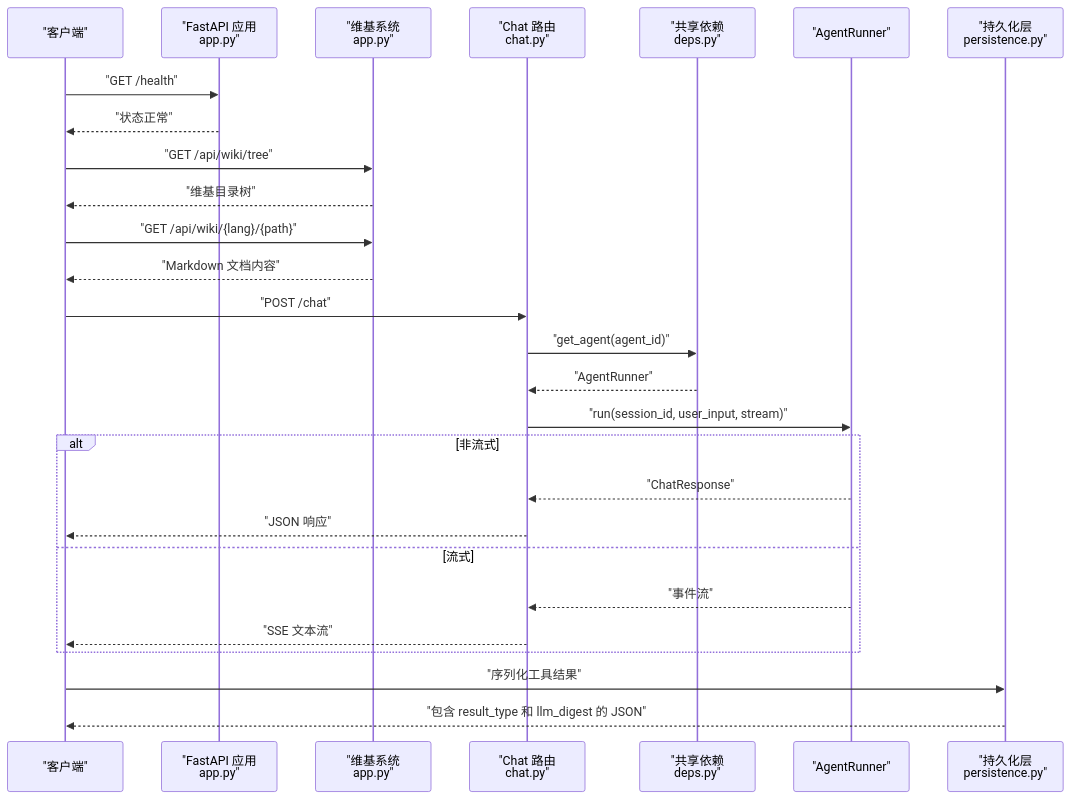
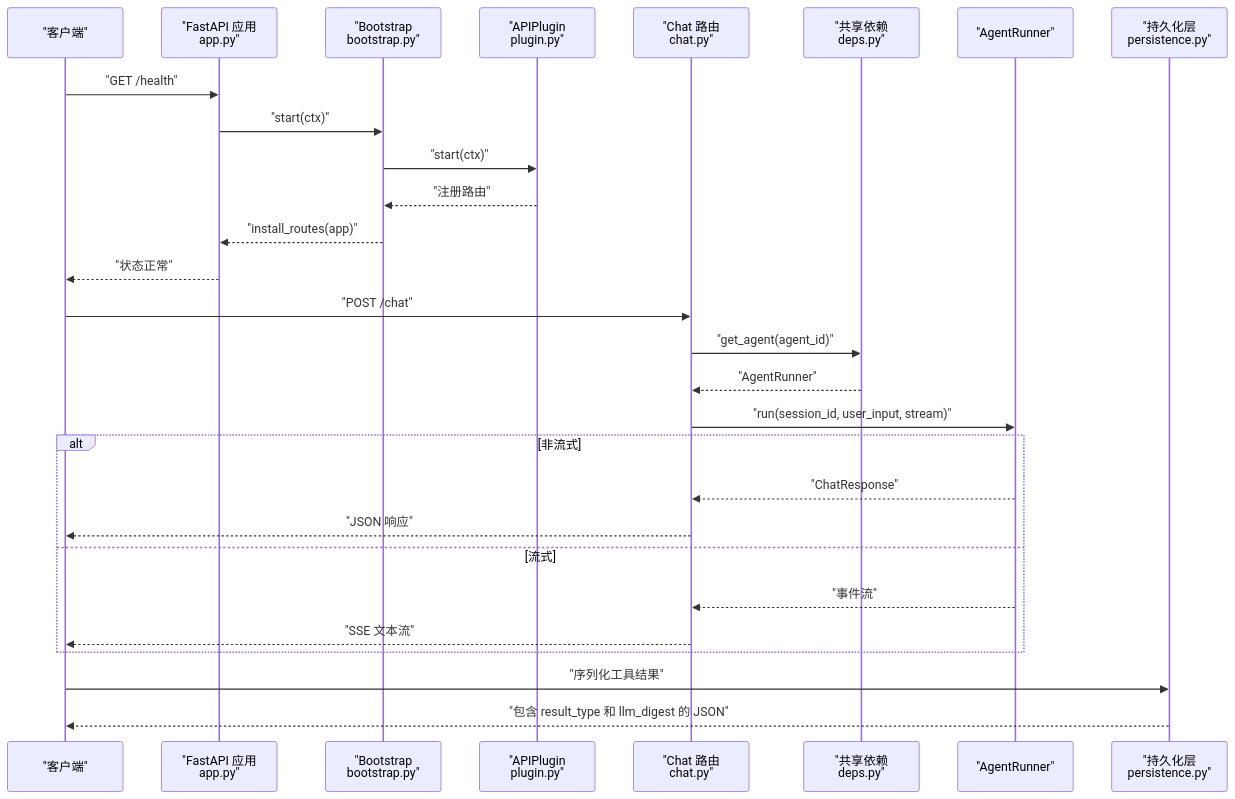
The second of 15 diagrams in repowiki/zh/content/API 接口文档/API 接口文档.md (YU-JI-KUI/ark-agentic), drawn with Mermaid before and after one commit. The commit also changed other lines of this file and 116 other files, not shown here.

````diff
--- a/repowiki/zh/content/API 接口文档/API 接口文档.md
+++ b/repowiki/zh/content/API 接口文档/API 接口文档.md
@@ -139,29 +152,30 @@
 ```mermaid
 sequenceDiagram
 participant Client as "客户端"
 participant App as "FastAPI 应用<br/>app.py"
-participant Wiki as "维基系统<br/>app.py"
+participant Bootstrap as "Bootstrap<br/>bootstrap.py"
+participant APIPlugin as "APIPlugin<br/>plugin.py"
 participant Chat as "Chat 路由<br/>chat.py"
 participant Deps as "共享依赖<br/>deps.py"
 participant Agent as "AgentRunner"
 participant Persistence as "持久化层<br/>persistence.py"
 Client->>App : "GET /health"
+App->>Bootstrap : "start(ctx)"
+Bootstrap->>APIPlugin : "start(ctx)"
+APIPlugin-->>Bootstrap : "注册路由"
+Bootstrap-->>App : "install_routes(app)"
 App-->>Client : "状态正常"
-Client->>Wiki : "GET /api/wiki/tree"
-Wiki-->>Client : "维基目录树"
-Client->>Wiki : "GET /api/wiki/{lang}/{path}"
-Wiki-->>Client : "Markdown 文档内容"
 Client->>Chat : "POST /chat"
 Chat->>Deps : "get_agent(agent_id)"
 Deps-->>Chat : "AgentRunner"
 Chat->>Agent : "run(session_id, user_input, stream)"
 alt 非流式
 Agent-->>Chat : "ChatResponse"
 Chat-->>Client : "JSON 响应"
 else 流式
 Agent-->>Chat : "事件流"
 Chat-->>Client : "SSE 文本流"
 end
 Client->>Persistence : "序列化工具结果"
 Persistence-->>Client : "包含 result_type 和 llm_digest 的 JSON"
 ```
````
